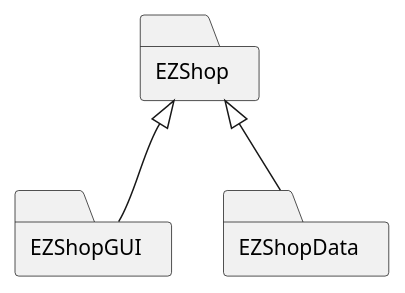
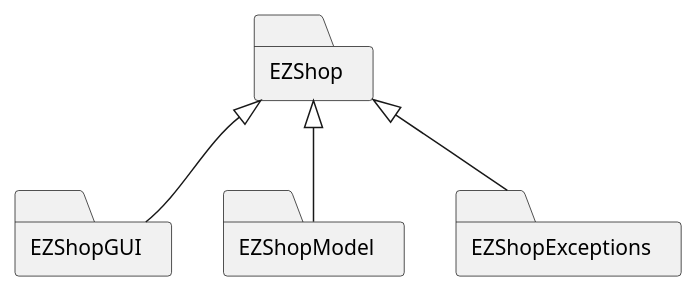
The first of 16 diagrams in Deliverables/DesignDocument.md (djemar/softeng_ezshop), drawn with PlantUML before and after one commit. The commit also changed other lines of this file, not shown here.

````diff
--- a/Deliverables/DesignDocument.md
+++ b/Deliverables/DesignDocument.md
@@ -27,13 +29,18 @@
 ```plantuml
 package EZShop <<Folder>>{
 
 }
 package EZShopGUI <<Folder>>{
 
 }
-package EZShopData <<Folder>>{
+package EZShopModel <<Folder>>{
+
 
 }
-EZShop <|-- EZShopData
+package EZShopExceptions <<Folder>>{
+
+}
+EZShop <|-- EZShopModel
 EZShop <|-- EZShopGUI
+EZShop <|-- EZShopExceptions
 ```
````
